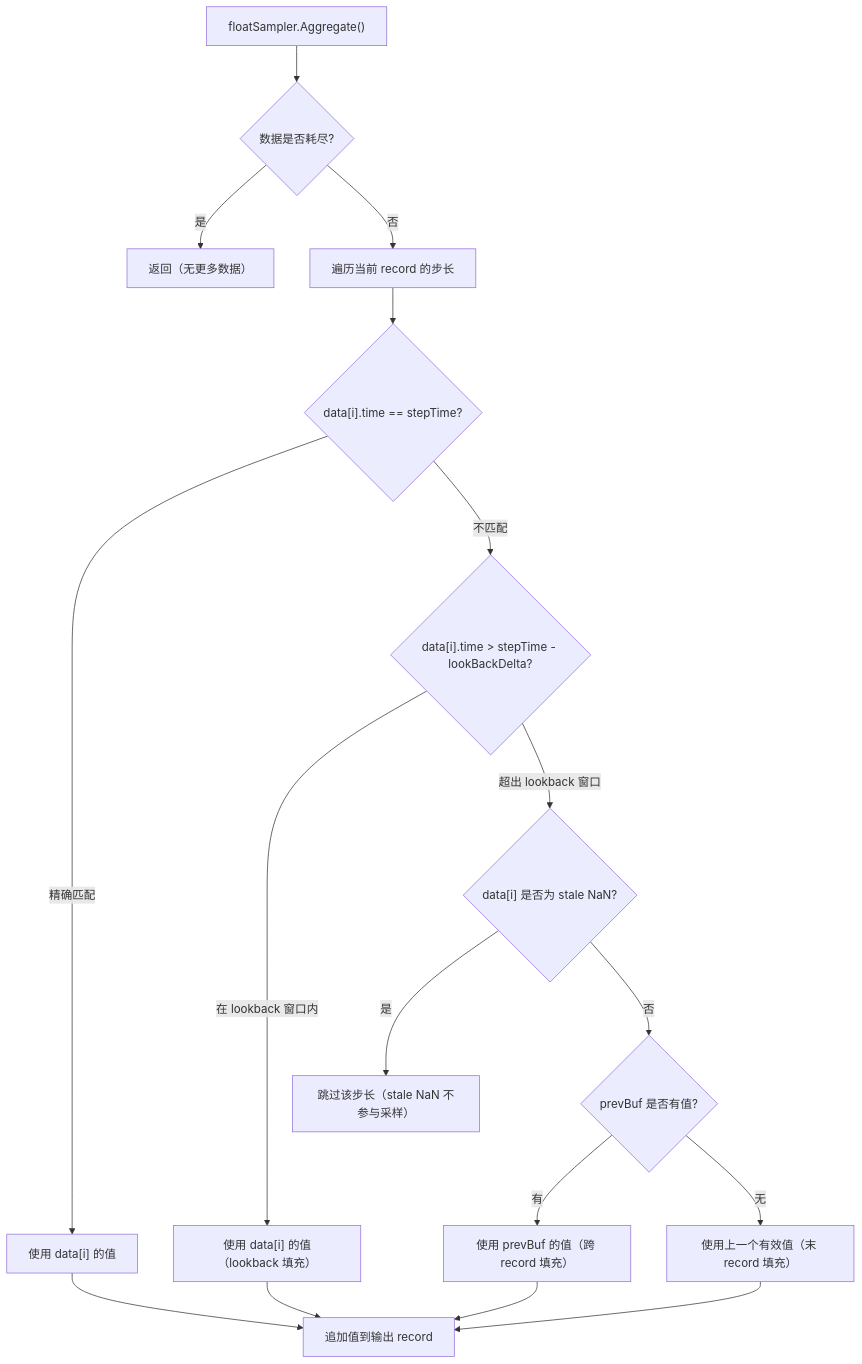
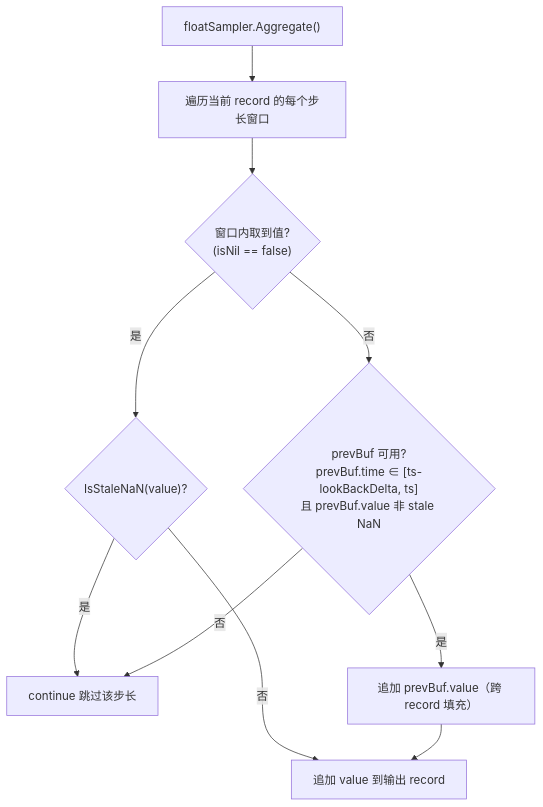
One commit to stefanv5/openGemini changed the eighth of 17 diagrams in docs/specs/08_promql_compatibility_spec.md. Above: the diagram before and after it, drawn with Mermaid. The commit also changed other lines of this file and 37 other files, not shown here.

````diff
--- a/docs/specs/08_promql_compatibility_spec.md
+++ b/docs/specs/08_promql_compatibility_spec.md
@@ -1646,19 +1687,12 @@
 ```mermaid
 graph TD
-    A["floatSampler.Aggregate()"] --> B{"数据是否耗尽?"}
-    B -->|"是"| C["返回（无更多数据）"]
-    B -->|"否"| D["遍历当前 record 的步长"]
-    D --> E{"data[i].time == stepTime?"}
-    E -->|"精确匹配"| F["使用 data[i] 的值"]
-    E -->|"不匹配"| G{"data[i].time > stepTime - lookBackDelta?"}
-    G -->|"在 lookback 窗口内"| H["使用 data[i] 的值（lookback 填充）"]
-    G -->|"超出 lookback 窗口"| I{"data[i] 是否为 stale NaN?"}
-    I -->|"是"| J["跳过该步长（stale NaN 不参与采样）"]
-    I -->|"否"| K{"prevBuf 是否有值?"}
-    K -->|"有"| L["使用 prevBuf 的值（跨 record 填充）"]
-    K -->|"无"| M["使用上一个有效值（末 record 填充）"]
-    F --> N["追加值到输出 record"]
-    H --> N
+    A["floatSampler.Aggregate()"] --> D["遍历当前 record 的每个步长窗口"]
+    D --> E{"窗口内取到值?<br/>(isNil == false)"}
+    E -->|"是"| F{"IsStaleNaN(value)?"}
+    F -->|"是"| J["continue 跳过该步长"]
+    F -->|"否"| N["追加 value 到输出 record"]
+    E -->|"否"| G{"prevBuf 可用?<br/>prevBuf.time ∈ [ts-lookBackDelta, ts]<br/>且 prevBuf.value 非 stale NaN"}
+    G -->|"是"| L["追加 prevBuf.value（跨 record 填充）"]
+    G -->|"否"| J
     L --> N
-    M --> N
 ```
````
